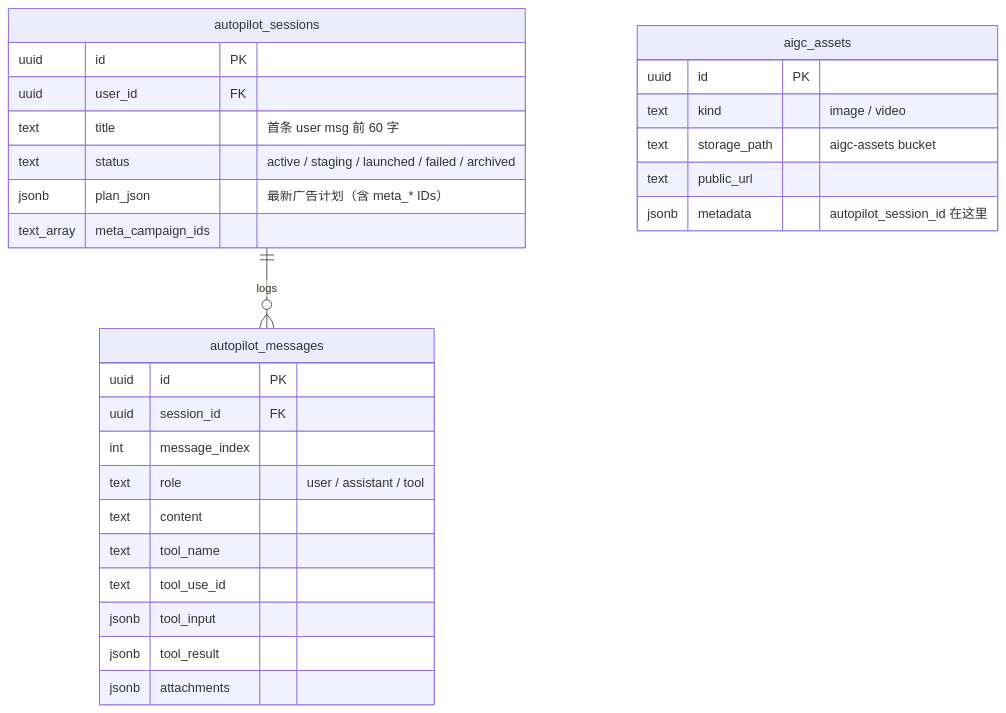
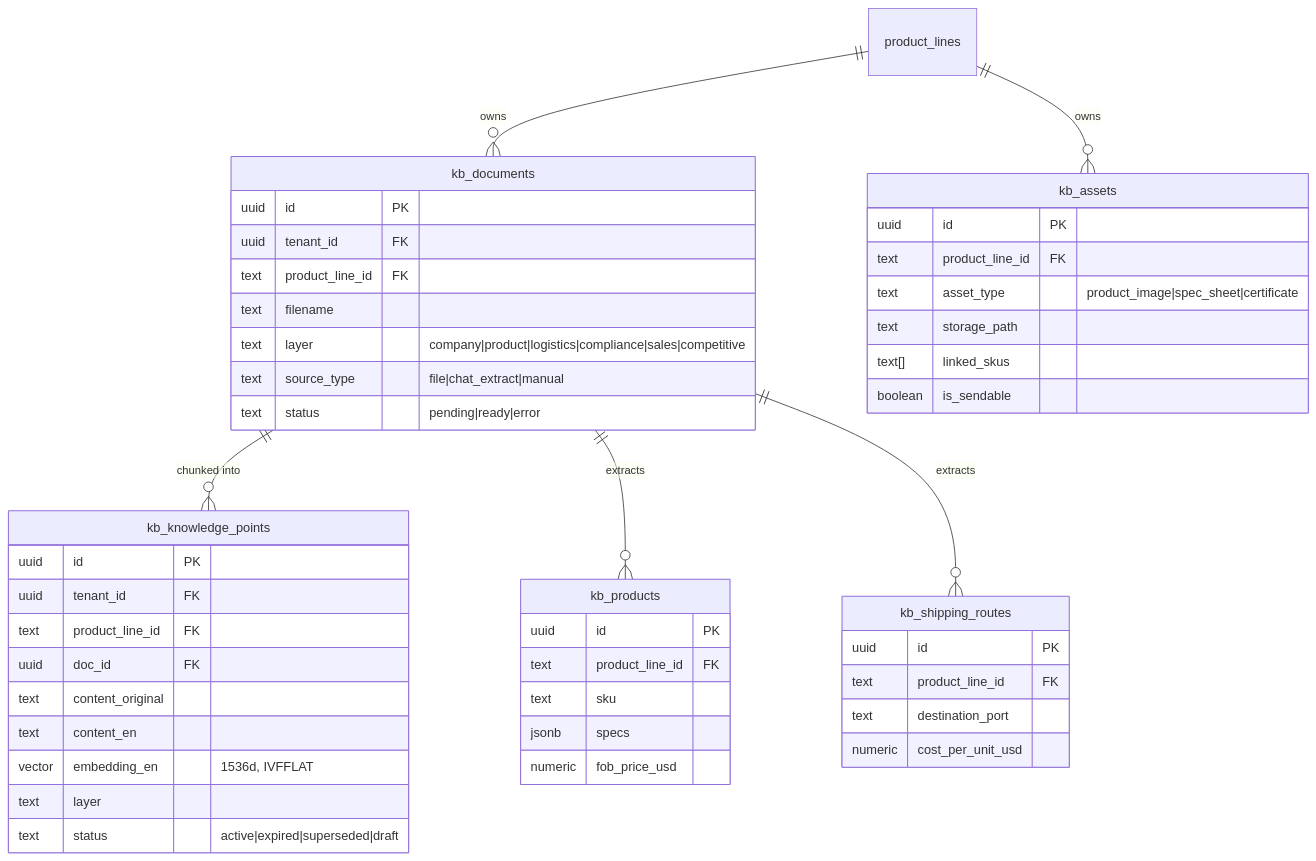
Before and after one commit to Sciiaok/xuqiu-bot: the fourth of 8 diagrams in README.md, drawn with Mermaid. The commit also changed other lines of this file and 160 other files, not shown here.

First line of the commit message:
多租户改造 · Meta 接入 · Founder 体系 · KB schema 现代化 (#29)

````diff
--- a/README.md
+++ b/README.md
@@ -490,32 +311,50 @@
 ```mermaid
 erDiagram
-    autopilot_sessions ||--o{ autopilot_messages : logs
-    autopilot_sessions {
-        uuid id PK
-        uuid user_id FK
-        text title "首条 user msg 前 60 字"
-        text status "active / staging / launched / failed / archived"
-        jsonb plan_json "最新广告计划（含 meta_* IDs）"
-        text_array meta_campaign_ids
-    }
-    autopilot_messages {
-        uuid id PK
-        uuid session_id FK
-        int message_index
-        text role "user / assistant / tool"
-        text content
-        text tool_name
-        text tool_use_id
-        jsonb tool_input
-        jsonb tool_result
-        jsonb attachments
-    }
+  product_lines ||--o{ kb_documents : "owns"
+  kb_documents ||--o{ kb_knowledge_points : "chunked into"
+  kb_documents ||--o{ kb_products : "extracts"
+  kb_documents ||--o{ kb_shipping_routes : "extracts"
+  product_lines ||--o{ kb_assets : "owns"
 
-    aigc_assets {
-        uuid id PK
-        text kind "image / video"
-        text storage_path "aigc-assets bucket"
-        text public_url
-        jsonb metadata "autopilot_session_id 在这里"
-    }
+  kb_documents {
+    uuid id PK
+    uuid tenant_id FK
+    text product_line_id FK
+    text filename
+    text layer "company|product|logistics|compliance|sales|competitive"
+    text source_type "file|chat_extract|manual"
+    text status "pending|ready|error"
+  }
+  kb_knowledge_points {
+    uuid id PK
+    uuid tenant_id FK
+    text product_line_id FK
+    uuid doc_id FK
+    text content_original
+    text content_en
+    vector embedding_en "1536d, IVFFLAT"
+    text layer
+    text status "active|expired|superseded|draft"
+  }
+  kb_products {
+    uuid id PK
+    text product_line_id FK
+    text sku
+    jsonb specs
+    numeric fob_price_usd
+  }
+  kb_assets {
+    uuid id PK
+    text product_line_id FK
+    text asset_type "product_image|spec_sheet|certificate"
+    text storage_path
+    text[] linked_skus
+    boolean is_sendable
+  }
+  kb_shipping_routes {
+    uuid id PK
+    text product_line_id FK
+    text destination_port
+    numeric cost_per_unit_usd
+  }
 ```
````
